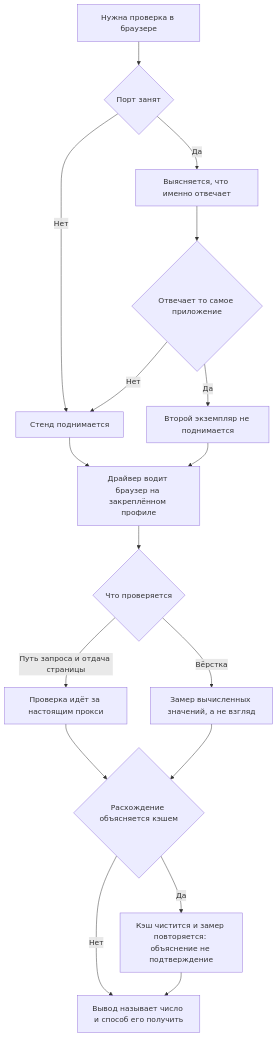
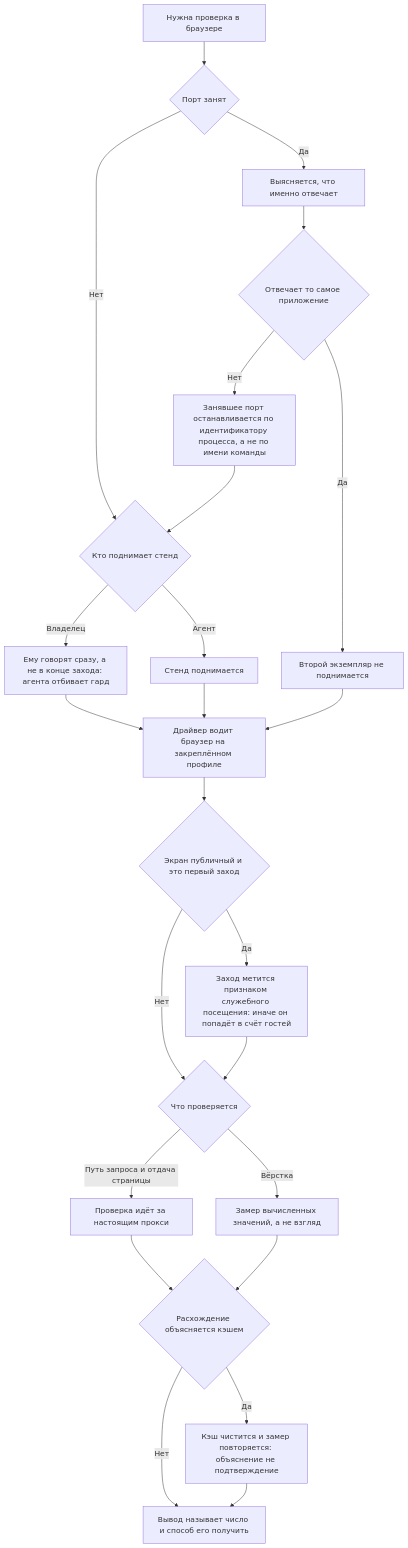
One commit to Eyhenij/rt-tools changed the diagram in .claude/skills/browser-verification/SKILL.md. Above: the diagram before and after it, drawn with Mermaid. The commit also changed other lines of this file and 5 other files, not shown here.

````diff
--- a/.claude/skills/browser-verification/SKILL.md
+++ b/.claude/skills/browser-verification/SKILL.md
@@ -35,19 +35,26 @@
 ```mermaid
 flowchart TD
     A[Нужна проверка в браузере] --> B{Порт занят}
     B -->|Да| C[Выясняется, что именно отвечает]
-    B -->|Нет| D[Стенд поднимается]
+    B -->|Нет| D{Кто поднимает стенд}
     C --> E{Отвечает то самое приложение}
     E -->|Да| F[Второй экземпляр не поднимается]
-    E -->|Нет| D
-    D --> G[Драйвер водит браузер на закреплённом профиле]
+    E -->|Нет| T[Занявшее порт останавливается по идентификатору процесса, а не по имени команды]
+    T --> D
+    D -->|Владелец| U[Ему говорят сразу, а не в конце захода: агента отбивает гард]
+    D -->|Агент| V[Стенд поднимается]
+    U --> G[Драйвер водит браузер на закреплённом профиле]
+    V --> G
     F --> G
-    G --> H{Что проверяется}
+    G --> W{Экран публичный и это первый заход}
+    W -->|Да| X[Заход метится признаком служебного посещения: иначе он попадёт в счёт гостей]
+    W -->|Нет| H{Что проверяется}
+    X --> H
     H -->|Путь запроса и отдача страницы| I[Проверка идёт за настоящим прокси]
     H -->|Вёрстка| J[Замер вычисленных значений, а не взгляд]
     I --> K{Расхождение объясняется кэшем}
     J --> K
     K -->|Да| L[Кэш чистится и замер повторяется: объяснение не подтверждение]
     K -->|Нет| M[Вывод называет число и способ его получить]
     L --> M
 ```
````
